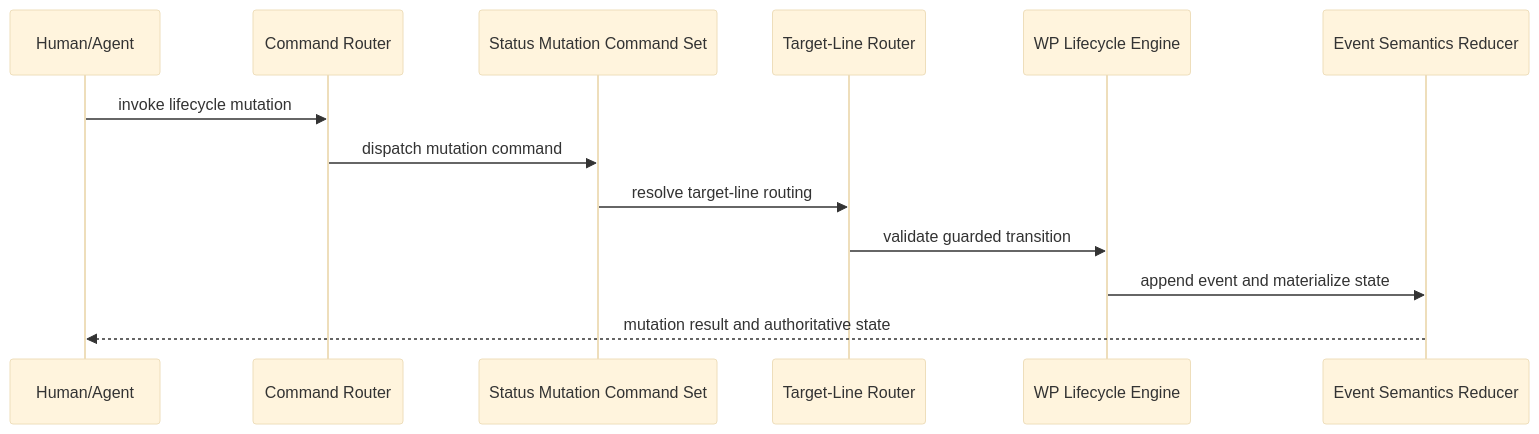
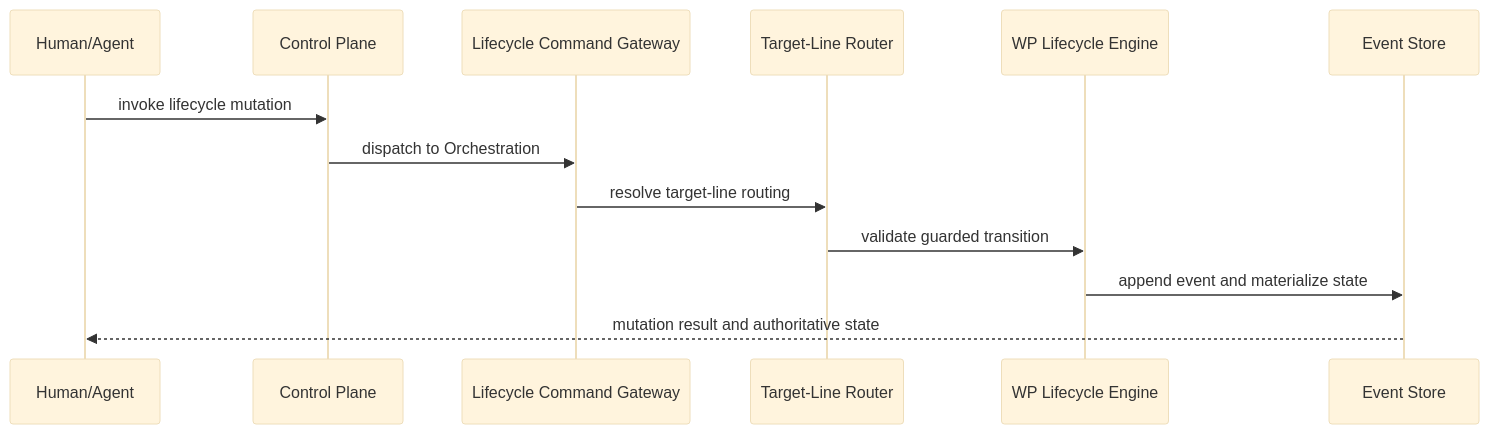
Before and after one commit to stijn-dejongh/spec-kitty: the fourth of 7 diagrams in architecture/2.x/03_components/README.md, drawn with Mermaid (base theme). The commit also changed other lines of this file and 319 other files, not shown here.

First line of the commit message:
feat: doctrine artifact domain models, C4 architecture, and curation pipeline (spec 046)

````diff
--- a/architecture/2.x/03_components/README.md
+++ b/architecture/2.x/03_components/README.md
@@ -173,16 +343,16 @@
 ```mermaid
 sequenceDiagram
     participant User as Human/Agent
-    participant Router as Command Router
-    participant StatusCmd as Status Mutation Command Set
+    participant CP as Control Plane
+    participant Gateway as Lifecycle Command Gateway
     participant Route as Target-Line Router
-    participant State as WP Lifecycle Engine
-    participant Events as Event Semantics Reducer
+    participant WP as WP Lifecycle Engine
+    participant ES as Event Store
 
-    User->>Router: invoke lifecycle mutation
-    Router->>StatusCmd: dispatch mutation command
-    StatusCmd->>Route: resolve target-line routing
-    Route->>State: validate guarded transition
-    State->>Events: append event and materialize state
-    Events-->>User: mutation result and authoritative state
+    User->>CP: invoke lifecycle mutation
+    CP->>Gateway: dispatch to Orchestration
+    Gateway->>Route: resolve target-line routing
+    Route->>WP: validate guarded transition
+    WP->>ES: append event and materialize state
+    ES-->>User: mutation result and authoritative state
 ```
````
